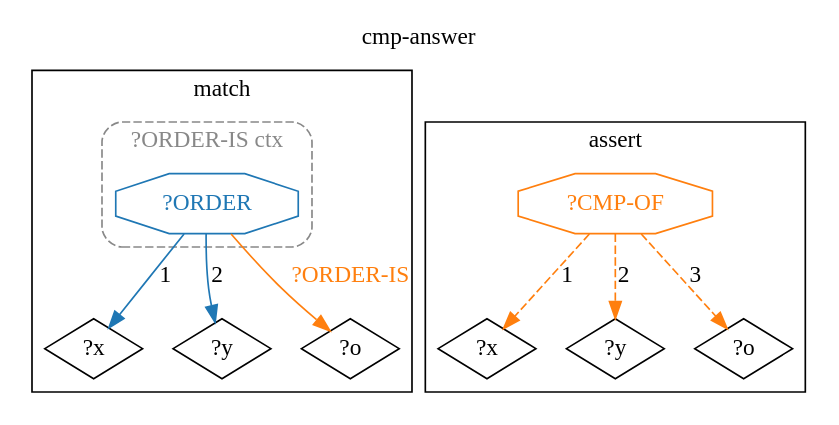
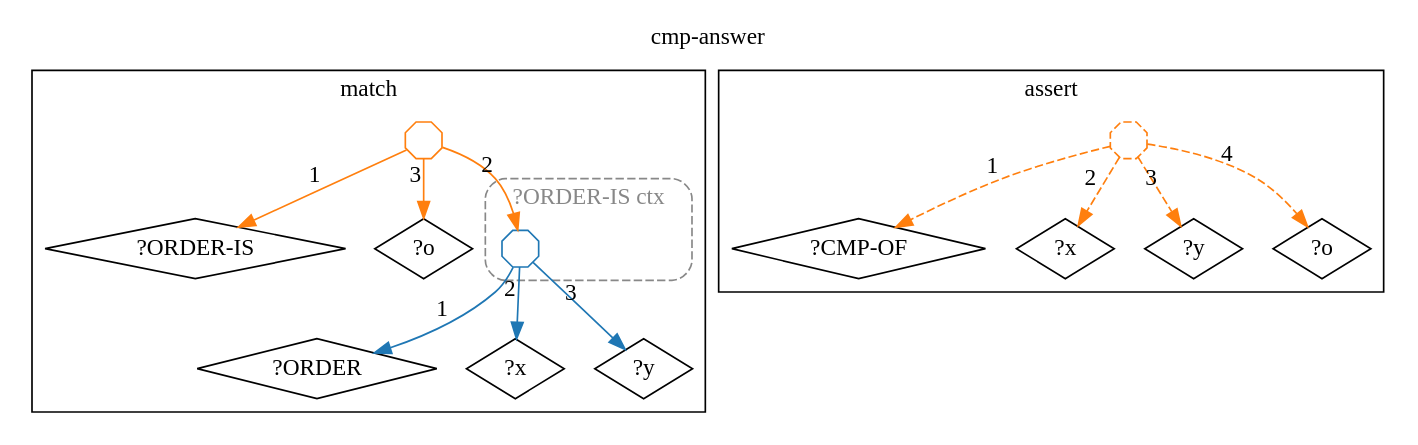
Before and after one commit to agutikov/ein: the diagram in docs/ein/user/04-reference/04-stdlib/diagrams/10-std.math.positional.cmp-answer.dot, drawn with Graphviz. The commit also changed 1083 other files, not shown here.

```diff
--- a/docs/ein/user/04-reference/04-stdlib/diagrams/10-std.math.positional.cmp-answer.dot
+++ b/docs/ein/user/04-reference/04-stdlib/diagrams/10-std.math.positional.cmp-answer.dot
@@ -1,25 +1,33 @@
 digraph rule_cmp_answer_lhs_rhs {
   rankdir=TB;
   label="cmp-answer"; labelloc=t;
   subgraph cluster_lhs { label="match";
+    "?ORDER-IS_L" [label="?ORDER-IS", shape=diamond];
+    "?ORDER_L" [label="?ORDER", shape=diamond];
     "?x_L" [label="?x", shape=diamond];
     "?y_L" [label="?y", shape=diamond];
     "?o_L" [label="?o", shape=diamond];
     subgraph cluster_ctx_L_0 {
       label="?ORDER-IS ctx"; style="dashed,rounded"; color="#888888"; fontcolor="#888888";
-      "(?ORDER ?x ?y)_L" [shape=octagon, label="?ORDER", color="#1f77b4", fontcolor="#1f77b4"];
+      "(?ORDER ?x ?y)_L" [shape=octagon, label="", width=0.3, height=0.3, fixedsize=true, color="#1f77b4"];
     }
-    "(?ORDER ?x ?y)_L" -> "?o_L" [label="?ORDER-IS", color="#ff7f0e", fontcolor="#ff7f0e"];
-    "(?ORDER ?x ?y)_L" -> "?x_L" [label="1", color="#1f77b4"];
-    "(?ORDER ?x ?y)_L" -> "?y_L" [label="2", color="#1f77b4"];
+    "h1_ORDER-IS_L" [shape=octagon, label="", width=0.3, height=0.3, fixedsize=true, color="#ff7f0e"];
+    "h1_ORDER-IS_L" -> "?ORDER-IS_L" [xlabel="1", color="#ff7f0e"];
+    "h1_ORDER-IS_L" -> "(?ORDER ?x ?y)_L" [xlabel="2", color="#ff7f0e"];
+    "h1_ORDER-IS_L" -> "?o_L" [xlabel="3", color="#ff7f0e"];
+    "(?ORDER ?x ?y)_L" -> "?ORDER_L" [xlabel="1", color="#1f77b4"];
+    "(?ORDER ?x ?y)_L" -> "?x_L" [xlabel="2", color="#1f77b4"];
+    "(?ORDER ?x ?y)_L" -> "?y_L" [xlabel="3", color="#1f77b4"];
   }
   subgraph cluster_rhs { label="assert";
+    "?CMP-OF_R" [label="?CMP-OF", shape=diamond];
     "?x_R" [label="?x", shape=diamond];
     "?y_R" [label="?y", shape=diamond];
     "?o_R" [label="?o", shape=diamond];
-    "h1_CMP-OF_R" [shape=octagon, label="?CMP-OF", color="#ff7f0e", fontcolor="#ff7f0e"];
-    "h1_CMP-OF_R" -> "?x_R" [label="1", color="#ff7f0e", style=dashed];
-    "h1_CMP-OF_R" -> "?y_R" [label="2", color="#ff7f0e", style=dashed];
-    "h1_CMP-OF_R" -> "?o_R" [label="3", color="#ff7f0e", style=dashed];
+    "h2_CMP-OF_R" [shape=octagon, label="", width=0.3, height=0.3, fixedsize=true, color="#ff7f0e", style=dashed];
+    "h2_CMP-OF_R" -> "?CMP-OF_R" [xlabel="1", color="#ff7f0e", style=dashed];
+    "h2_CMP-OF_R" -> "?x_R" [xlabel="2", color="#ff7f0e", style=dashed];
+    "h2_CMP-OF_R" -> "?y_R" [xlabel="3", color="#ff7f0e", style=dashed];
+    "h2_CMP-OF_R" -> "?o_R" [xlabel="4", color="#ff7f0e", style=dashed];
   }
 }
```
